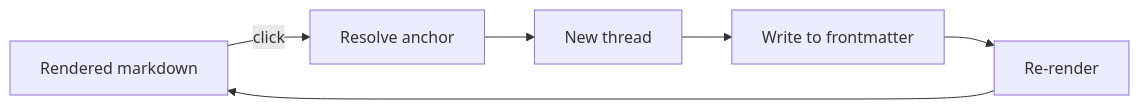
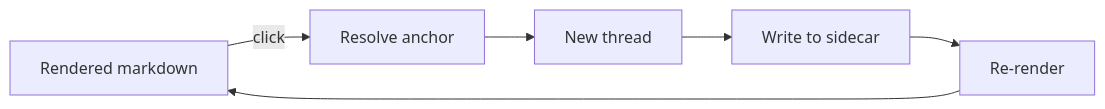
One commit to omars-lab/review-md changed the second of 3 diagrams in design.md. Above: the diagram before and after it, drawn with Mermaid. The commit also changed other lines of this file and 7 other files, not shown here.

First line of the commit message:
Add reviewer sidebar, sidecar storage, version stamps, and mermaid comments

````diff
--- a/design.md
+++ b/design.md
@@ -81,8 +42,8 @@
 ```mermaid
 flowchart LR
   Render[Rendered markdown] -->|click| Anchor[Resolve anchor]
   Anchor --> Thread[New thread]
-  Thread --> Store[Write to frontmatter]
+  Thread --> Store[Write to sidecar]
   Store --> Reload[Re-render]
   Reload --> Render
 ```
````
